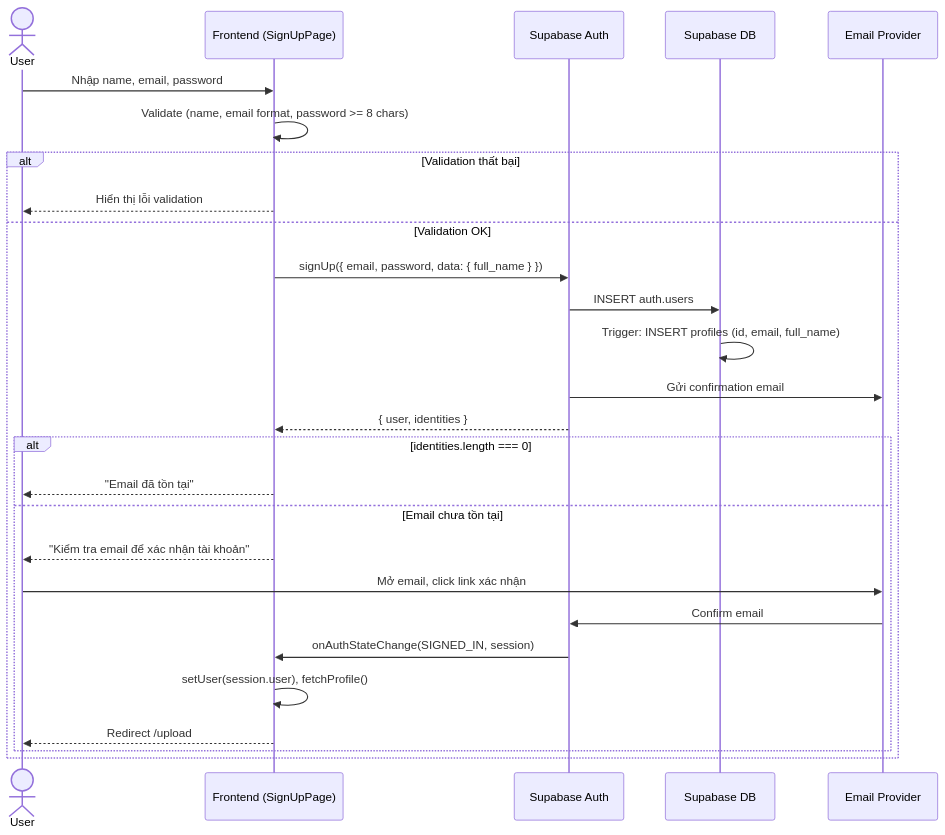
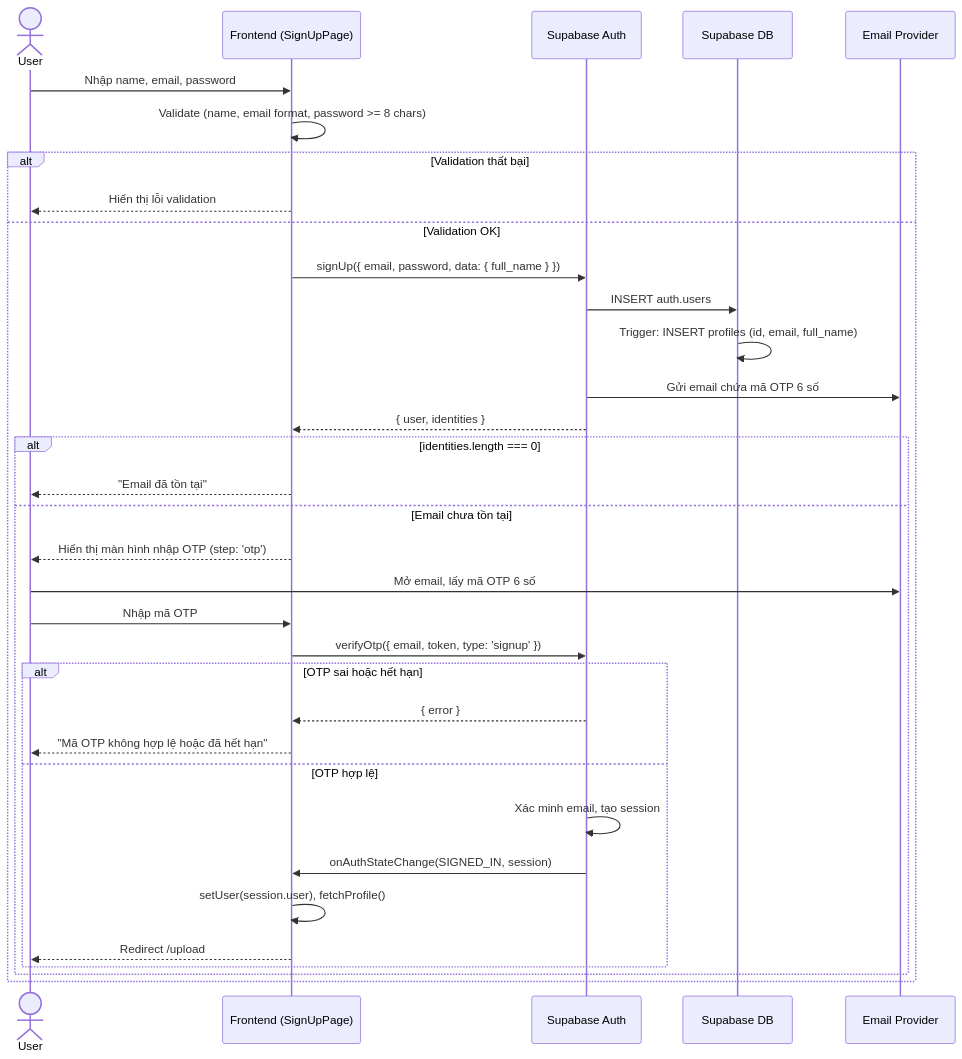
Before and after one commit to SonDinh1129/subtitle-project: the first of 22 diagrams in docs/system-flows.md, drawn with Mermaid. The commit also changed other lines of this file and 1 other file, not shown here.

Commit message:
docs: update UC-04 and UC-10 flows to reflect OTP-based verification

````diff
--- a/docs/system-flows.md
+++ b/docs/system-flows.md
@@ -35,30 +35,37 @@
 ```mermaid
 sequenceDiagram
     actor User
     participant FE as Frontend (SignUpPage)
     participant SB as Supabase Auth
     participant DB as Supabase DB
     participant Email as Email Provider
 
     User->>FE: Nhập name, email, password
     FE->>FE: Validate (name, email format, password >= 8 chars)
     alt Validation thất bại
         FE-->>User: Hiển thị lỗi validation
     else Validation OK
         FE->>SB: signUp({ email, password, data: { full_name } })
         SB->>DB: INSERT auth.users
         DB->>DB: Trigger: INSERT profiles (id, email, full_name)
-        SB->>Email: Gửi confirmation email
+        SB->>Email: Gửi email chứa mã OTP 6 số
         SB-->>FE: { user, identities }
         alt identities.length === 0
             FE-->>User: "Email đã tồn tại"
         else Email chưa tồn tại
-            FE-->>User: "Kiểm tra email để xác nhận tài khoản"
-            User->>Email: Mở email, click link xác nhận
-            Email->>SB: Confirm email
-            SB->>FE: onAuthStateChange(SIGNED_IN, session)
-            FE->>FE: setUser(session.user), fetchProfile()
-            FE-->>User: Redirect /upload
+            FE-->>User: Hiển thị màn hình nhập OTP (step: 'otp')
+            User->>Email: Mở email, lấy mã OTP 6 số
+            User->>FE: Nhập mã OTP
+            FE->>SB: verifyOtp({ email, token, type: 'signup' })
+            alt OTP sai hoặc hết hạn
+                SB-->>FE: { error }
+                FE-->>User: "Mã OTP không hợp lệ hoặc đã hết hạn"
+            else OTP hợp lệ
+                SB->>SB: Xác minh email, tạo session
+                SB->>FE: onAuthStateChange(SIGNED_IN, session)
+                FE->>FE: setUser(session.user), fetchProfile()
+                FE-->>User: Redirect /upload
+            end
         end
     end
 ```
````
